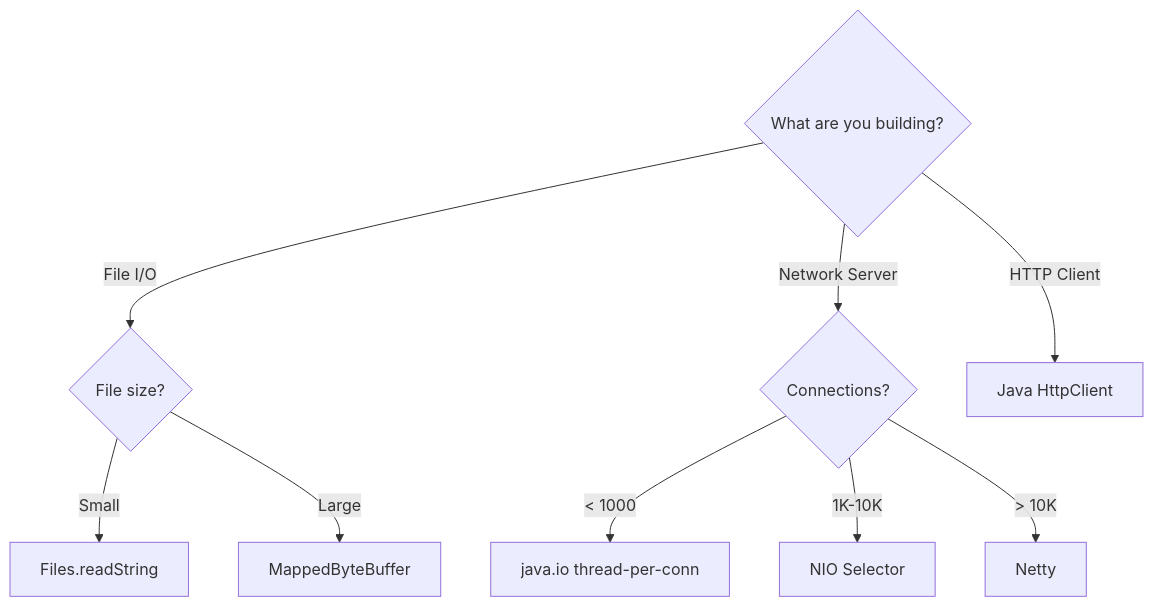
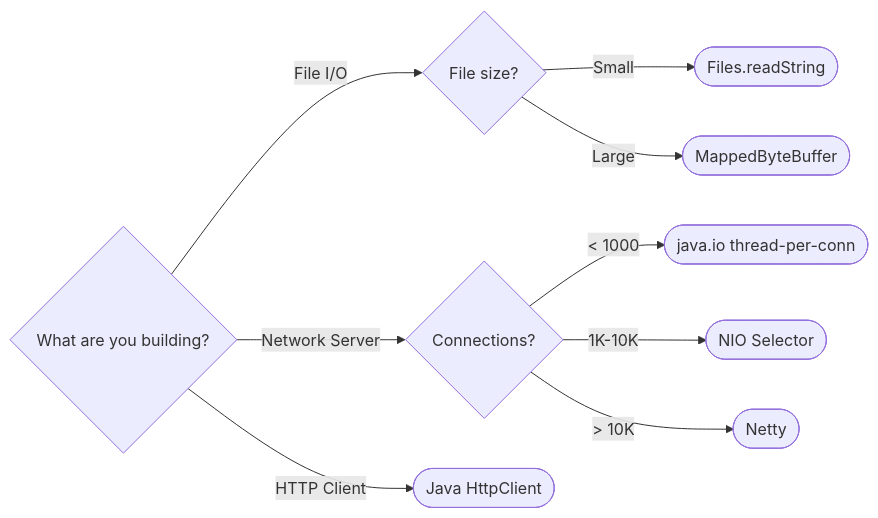
One commit to saivamsikaruturi/vamsilabs-dev-notes-main changed the eighth of 8 diagrams in docs/java/NIO.md. Above: the diagram before and after it, drawn with Mermaid. The commit also changed other lines of this file and 146 other files, not shown here.

Commit message:
Horizontal diagrams, UML class diagrams, typography overhaul, and permalink cleanup

````diff
--- a/docs/java/NIO.md
+++ b/docs/java/NIO.md
@@ -394,11 +399,11 @@
 ```mermaid
-graph TD
-    START{What are you building?} -->|File I/O| F{File size?}
-    START -->|Network Server| N{Connections?}
-    START -->|HTTP Client| HC[Java HttpClient]
-    F -->|Small| FS[Files.readString]
-    F -->|Large| FL[MappedByteBuffer]
-    N -->|< 1000| NL[java.io thread-per-conn]
-    N -->|1K-10K| NM[NIO Selector]
-    N -->|> 10K| NH[Netty]
+flowchart LR
+    START{"What are you building?"} -->|File I/O| F{"File size?"}
+    START -->|Network Server| N{"Connections?"}
+    START -->|HTTP Client| HC(["Java HttpClient"])
+    F -->|Small| FS(["Files.readString"])
+    F -->|Large| FL(["MappedByteBuffer"])
+    N -->|"< 1000"| NL(["java.io thread-per-conn"])
+    N -->|1K-10K| NM(["NIO Selector"])
+    N -->|"> 10K"| NH(["Netty"])
 ```
````
